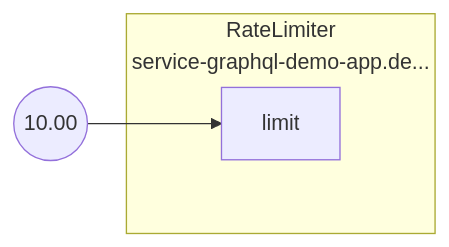
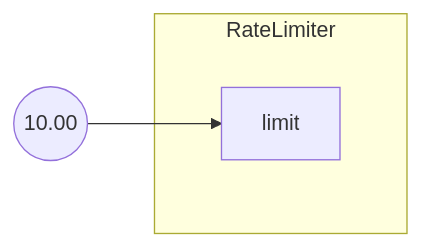
One commit to fluxninja/aperture changed the diagram in docs/content/tutorials/flow-control/classification/assets/graphql-rate-limiting/graphql-rate-limiting-jwt.mmd. Above: the diagram before and after it, drawn with Mermaid. The commit also changed 41 other files, not shown here.

First line of the commit message:
Update `FlowSelector` proto

```diff
--- a/docs/content/tutorials/flow-control/classification/assets/graphql-rate-limiting/graphql-rate-limiting-jwt.mmd
+++ b/docs/content/tutorials/flow-control/classification/assets/graphql-rate-limiting/graphql-rate-limiting-jwt.mmd
@@ -1,9 +1,9 @@
 flowchart LR
-subgraph root.0[<center>RateLimiter<br/>service-graphql-demo-app.de...</center>]
+subgraph root.0[RateLimiter]
 subgraph root.0_inports[ ]
 style root.0_inports fill:none,stroke:none
 root.0limit[limit]
 end
 end
 root.0_limit_FakeConstantout((10.00))
 root.0_limit_FakeConstantout --> root.0limit
```
